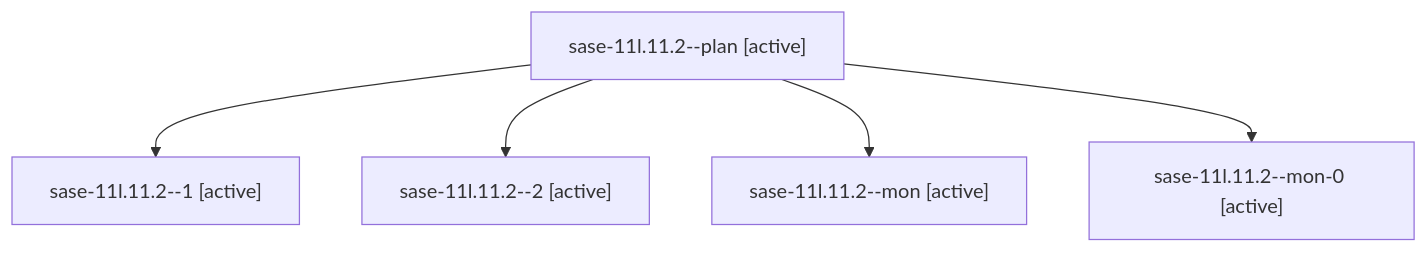
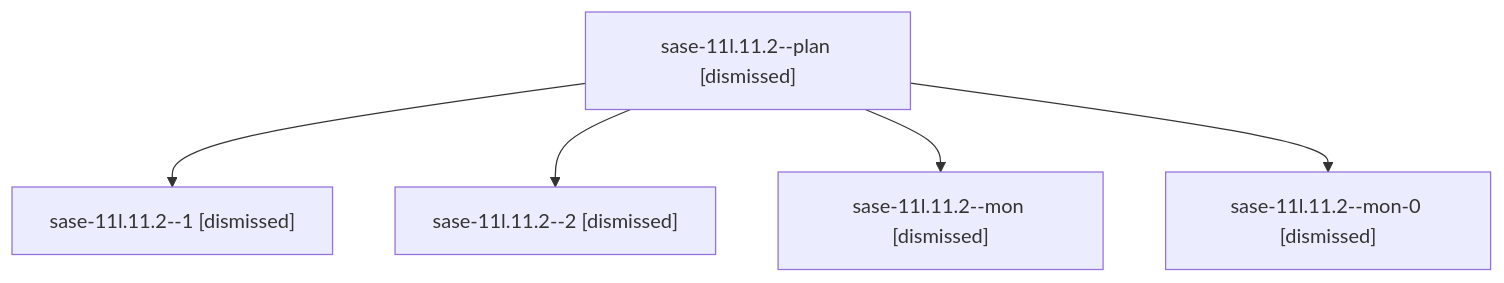
Before and after one commit to sase-org/sase--agents: the diagram in sessions/bbugyi200.athena.sase-11l.11.2.md, drawn with Mermaid. The commit also changed other lines of this file and 204 other files, not shown here.

````diff
--- a/sessions/bbugyi200.athena.sase-11l.11.2.md
+++ b/sessions/bbugyi200.athena.sase-11l.11.2.md
@@ -9,12 +9,12 @@
 ```mermaid
 flowchart TD
-  n0["sase-11l.11.2--plan [active]"]
-  n1["sase-11l.11.2--1 [active]"]
+  n0["sase-11l.11.2--plan [dismissed]"]
+  n1["sase-11l.11.2--1 [dismissed]"]
   n0 --> n1
-  n2["sase-11l.11.2--2 [active]"]
+  n2["sase-11l.11.2--2 [dismissed]"]
   n0 --> n2
-  n3["sase-11l.11.2--mon [active]"]
+  n3["sase-11l.11.2--mon [dismissed]"]
   n0 --> n3
-  n4["sase-11l.11.2--mon-0 [active]"]
+  n4["sase-11l.11.2--mon-0 [dismissed]"]
   n0 --> n4
 ```
````
